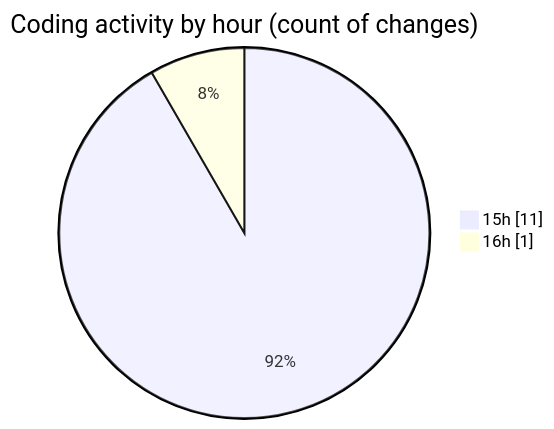
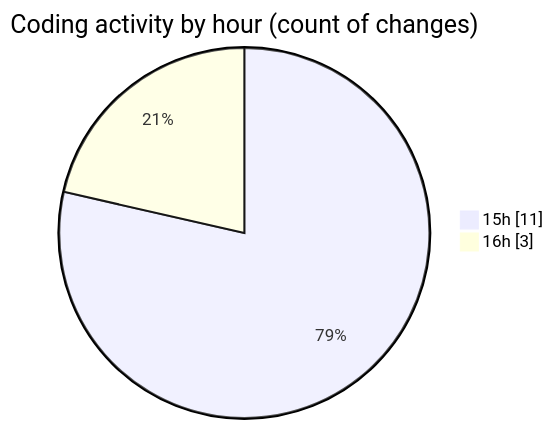
One commit to robertbonfada/code-tracking changed the second of 2 diagrams in 2025-03-08/mbc-web/README.md. Above: the diagram before and after it, drawn with Mermaid. The commit also changed other lines of this file and 1 other file, not shown here.

````diff
--- a/2025-03-08/mbc-web/README.md
+++ b/2025-03-08/mbc-web/README.md
@@ -34,6 +34,6 @@
 ```mermaid
 pie showData
 title Coding activity by hour (count of changes)
 "15h" : 11
-"16h" : 1
+"16h" : 3
 ```
````
